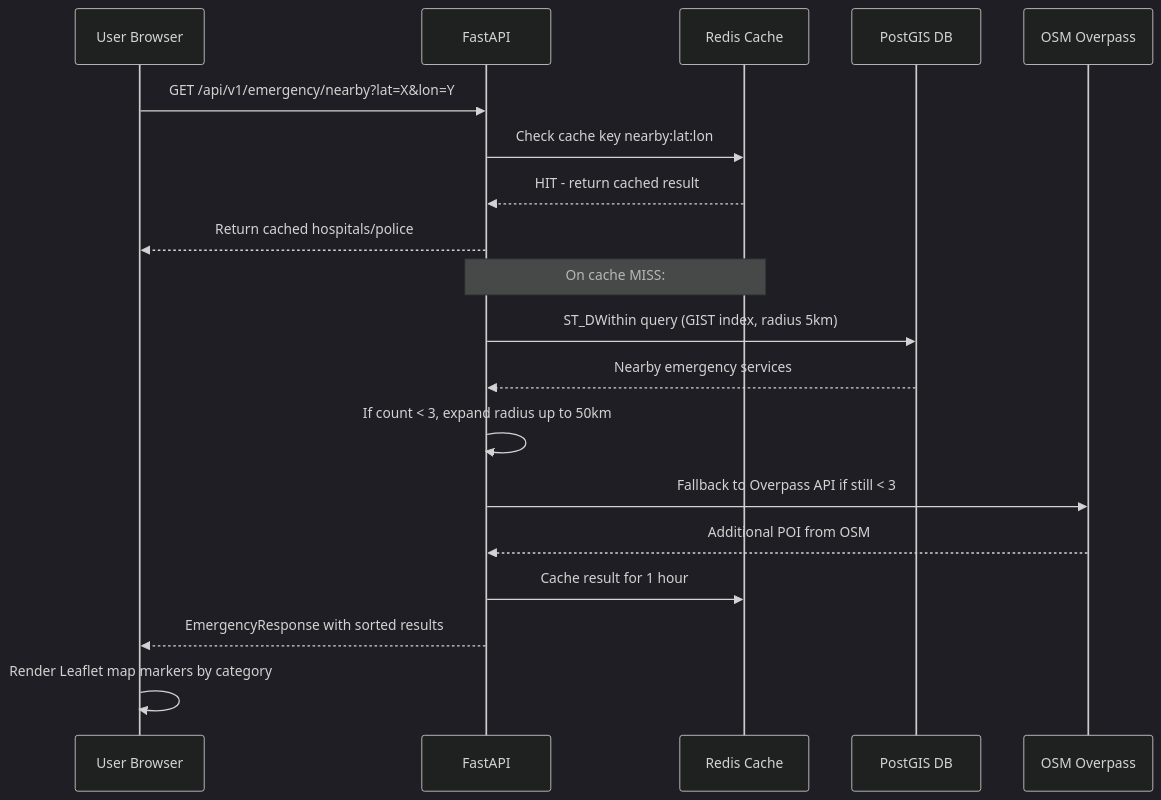
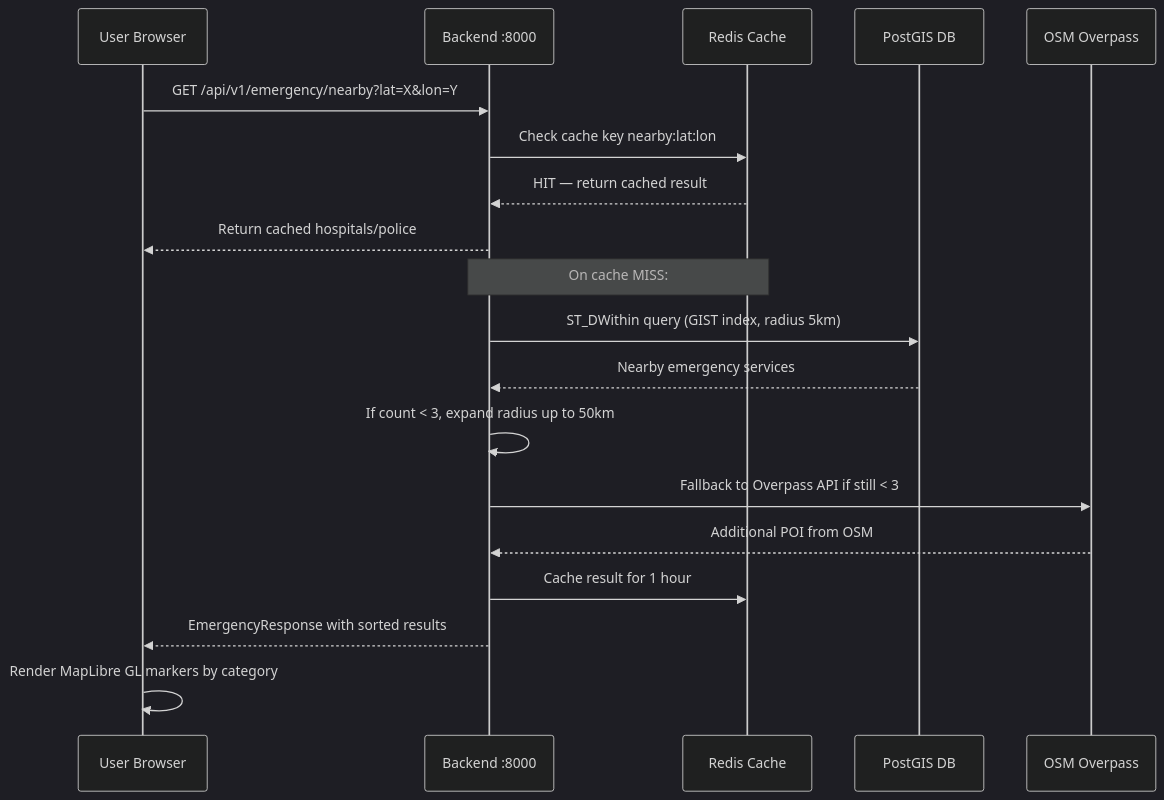
One commit to SafeVision-AI/SafeVision-AI changed the fifth of 6 diagrams in docs/Architecture.md. Above: the diagram before and after it, drawn with Mermaid (dark theme). The commit also changed other lines of this file and 27 other files, not shown here.

Commit message:
docs: Comprehensive audit and sync to latest architecture (Next.js 15, MapLibre GL, 11-provider AI, Sarvam)

````diff
--- a/docs/Architecture.md
+++ b/docs/Architecture.md
@@ -100,23 +143,23 @@
 ```mermaid
 sequenceDiagram
     participant U as User Browser
-    participant F as FastAPI
+    participant F as Backend :8000
     participant R as Redis Cache
     participant P as PostGIS DB
     participant O as OSM Overpass
 
     U->>F: GET /api/v1/emergency/nearby?lat=X&lon=Y
     F->>R: Check cache key nearby:lat:lon
-    R-->>F: HIT - return cached result
+    R-->>F: HIT — return cached result
     F-->>U: Return cached hospitals/police
 
     Note over F,R: On cache MISS:
     F->>P: ST_DWithin query (GIST index, radius 5km)
     P-->>F: Nearby emergency services
     F->>F: If count < 3, expand radius up to 50km
     F->>O: Fallback to Overpass API if still < 3
     O-->>F: Additional POI from OSM
     F->>R: Cache result for 1 hour
     F-->>U: EmergencyResponse with sorted results
-    U->>U: Render Leaflet map markers by category
+    U->>U: Render MapLibre GL markers by category
 ```
````
